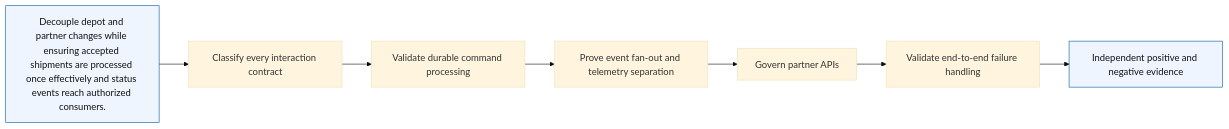
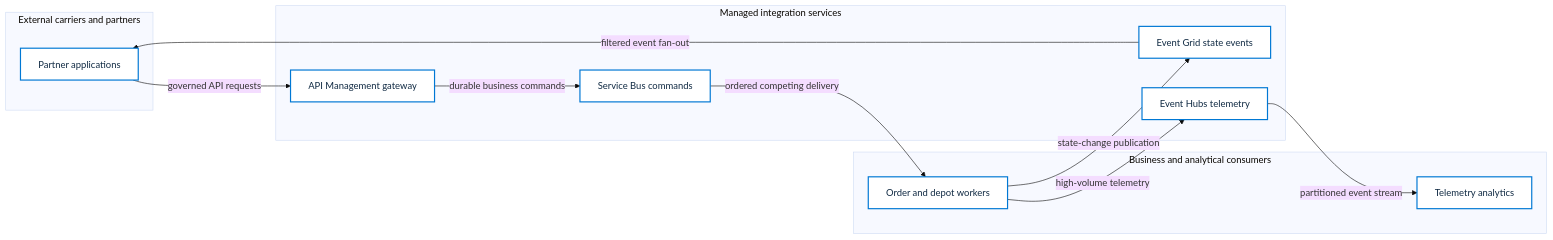
One commit to Jamonygr/Azure-Solutions-Architect-Expert changed the diagram in labs/20-messaging-events-api/diagrams/architecture.mmd. Above: the diagram before and after it, drawn with Mermaid (base theme). The commit also changed 144 other files, not shown here.

```diff
--- a/labs/20-messaging-events-api/diagrams/architecture.mmd
+++ b/labs/20-messaging-events-api/diagrams/architecture.mmd
@@ -1,12 +1,25 @@
 %% BEGIN GENERATED AZ305 V1
 flowchart LR
-    R["Decouple depot and partner changes while ensuring accepted shipments are processed once effectively and status events reach authorized consumers."]
-    R --> C1["Classify every interaction contract"]
-    C1 --> C2["Validate durable command processing"]
-    C2 --> C3["Prove event fan-out and telemetry separation"]
-    C3 --> C4["Govern partner APIs"]
-    C4 --> C5["Validate end-to-end failure handling"]
-    C5 --> E["Independent positive and negative evidence"]
-    classDef boundary fill:#eef5ff,stroke:#005a9e,color:#111
-    class R,E boundary
+    subgraph B_external_partners["External carriers and partners"]
+        N_partners["Partner applications"]
+    end
+    subgraph B_integration_services["Managed integration services"]
+        N_api["API Management gateway"]
+        N_commands["Service Bus commands"]
+        N_events["Event Grid state events"]
+        N_telemetry["Event Hubs telemetry"]
+    end
+    subgraph B_business_consumers["Business and analytical consumers"]
+        N_operational["Order and depot workers"]
+        N_analytics["Telemetry analytics"]
+    end
+    N_partners -->|"governed API requests"| N_api
+    N_api -->|"durable business commands"| N_commands
+    N_commands -->|"ordered competing delivery"| N_operational
+    N_operational -->|"state-change publication"| N_events
+    N_events -->|"filtered event fan-out"| N_partners
+    N_operational -->|"high-volume telemetry"| N_telemetry
+    N_telemetry -->|"partitioned event stream"| N_analytics
+    classDef service fill:#ffffff,stroke:#0078d4,color:#102a43,stroke-width:2px
+    class N_partners,N_api,N_commands,N_events,N_telemetry,N_operational,N_analytics service
 %% END GENERATED AZ305 V1
```
